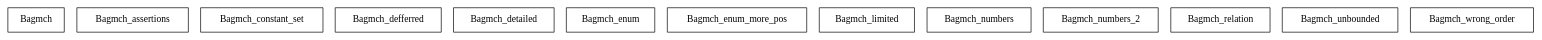
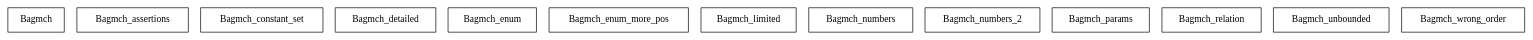
The diagram in Test_scenarios/bdp/Test_scenarios.dot (agata-borkowska-clark/dissertation), drawn with Graphviz before and after one commit. The commit also changed 56 other files, not shown here.

```diff
--- a/Test_scenarios/bdp/Test_scenarios.dot
+++ b/Test_scenarios/bdp/Test_scenarios.dot
@@ -1,16 +1,16 @@
 digraph {
 Bagmch [ label=" Bagmch " shape= box ]
 Bagmch_assertions [ label=" Bagmch_assertions " shape= box ]
 Bagmch_constant_set [ label=" Bagmch_constant_set " shape= box ]
-Bagmch_defferred [ label=" Bagmch_defferred " shape= box ]
 Bagmch_detailed [ label=" Bagmch_detailed " shape= box ]
 Bagmch_enum [ label=" Bagmch_enum " shape= box ]
 Bagmch_enum_more_pos [ label=" Bagmch_enum_more_pos " shape= box ]
 Bagmch_limited [ label=" Bagmch_limited " shape= box ]
 Bagmch_numbers [ label=" Bagmch_numbers " shape= box ]
 Bagmch_numbers_2 [ label=" Bagmch_numbers_2 " shape= box ]
+Bagmch_params [ label=" Bagmch_params " shape= box ]
 Bagmch_relation [ label=" Bagmch_relation " shape= box ]
 Bagmch_unbounded [ label=" Bagmch_unbounded " shape= box ]
 Bagmch_wrong_order [ label=" Bagmch_wrong_order " shape= box ]
 
 }
```
